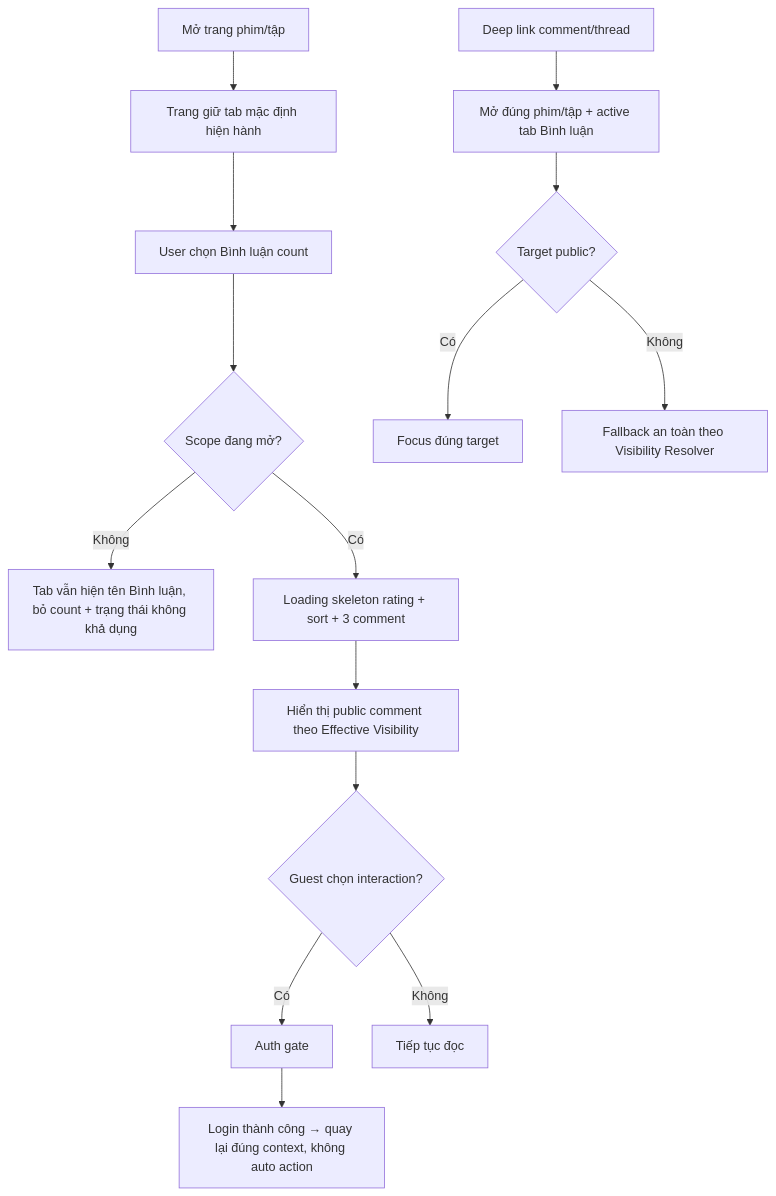
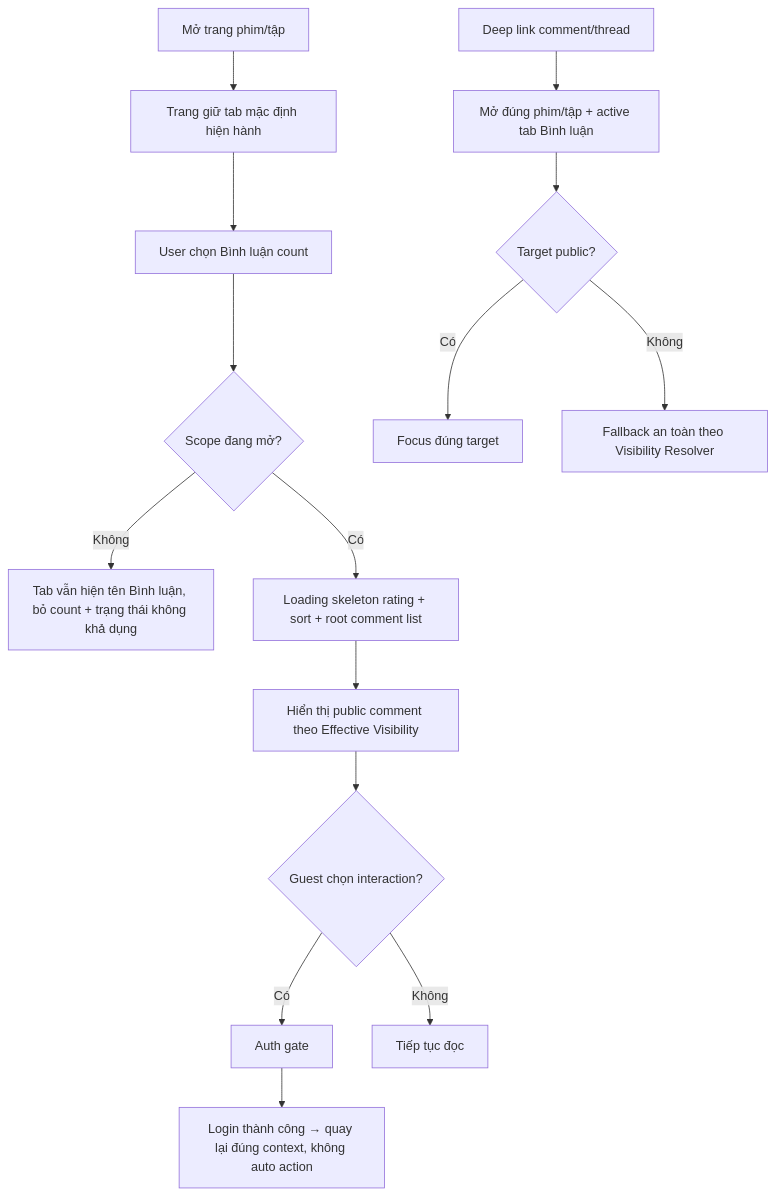
Before and after one commit to TanUIUX/MyTV-Comment: the diagram in EP01_TRAI_NGHIEM_BINH_LUAN_VA_DANH_GIA/US01_USER_FLOW.md, drawn with Mermaid. The commit also changed other lines of this file and 30 other files, not shown here.

````diff
--- a/EP01_TRAI_NGHIEM_BINH_LUAN_VA_DANH_GIA/US01_USER_FLOW.md
+++ b/EP01_TRAI_NGHIEM_BINH_LUAN_VA_DANH_GIA/US01_USER_FLOW.md
@@ -10,17 +10,17 @@
 ```mermaid
 flowchart TD
  A[Mở trang phim/tập] --> B[Trang giữ tab mặc định hiện hành]
  B --> C[User chọn Bình luận count]
  C --> D{Scope đang mở?}
  D -->|Không| E[Tab vẫn hiện tên Bình luận, bỏ count + trạng thái không khả dụng]
- D -->|Có| F[Loading skeleton rating + sort + 3 comment]
+ D -->|Có| F[Loading skeleton rating + sort + root comment list]
  F --> G[Hiển thị public comment theo Effective Visibility]
  G --> H{Guest chọn interaction?}
  H -->|Có| I[Auth gate]
  I --> J[Login thành công → quay lại đúng context, không auto action]
  H -->|Không| K[Tiếp tục đọc]
  L[Deep link comment/thread] --> M[Mở đúng phim/tập + active tab Bình luận]
  M --> N{Target public?}
  N -->|Có| O[Focus đúng target]
  N -->|Không| P[Fallback an toàn theo Visibility Resolver]
 ```
````
